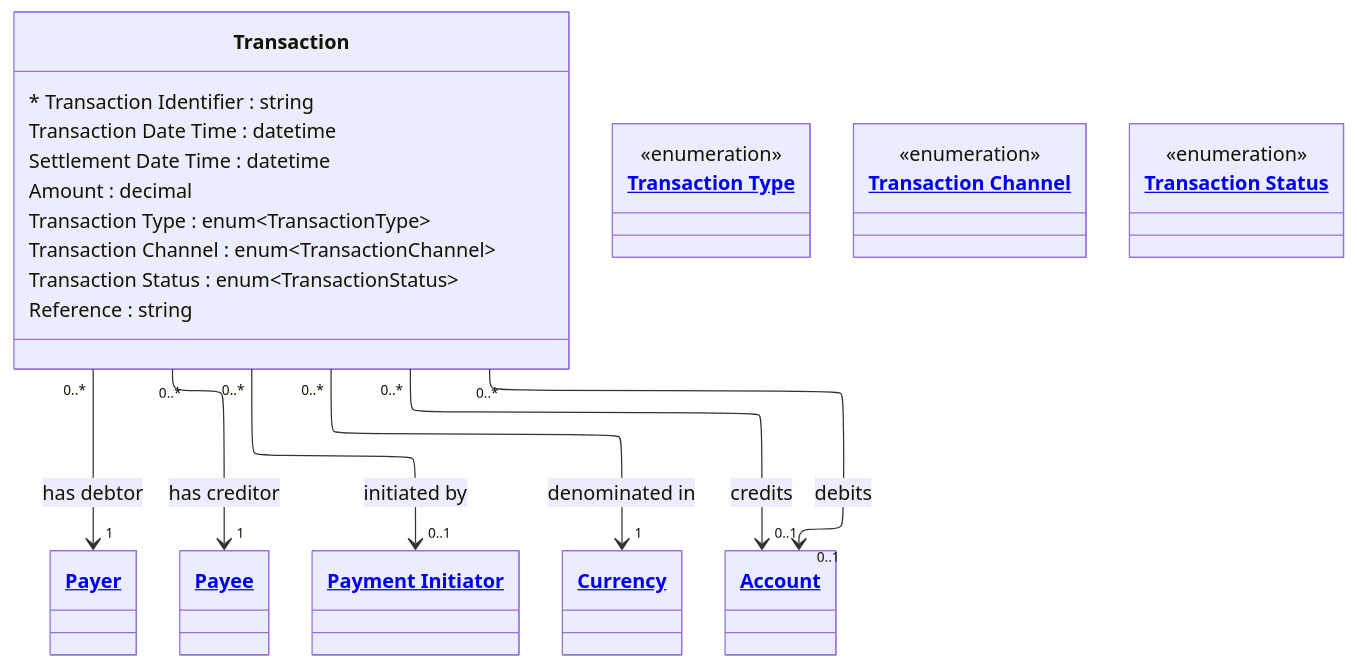
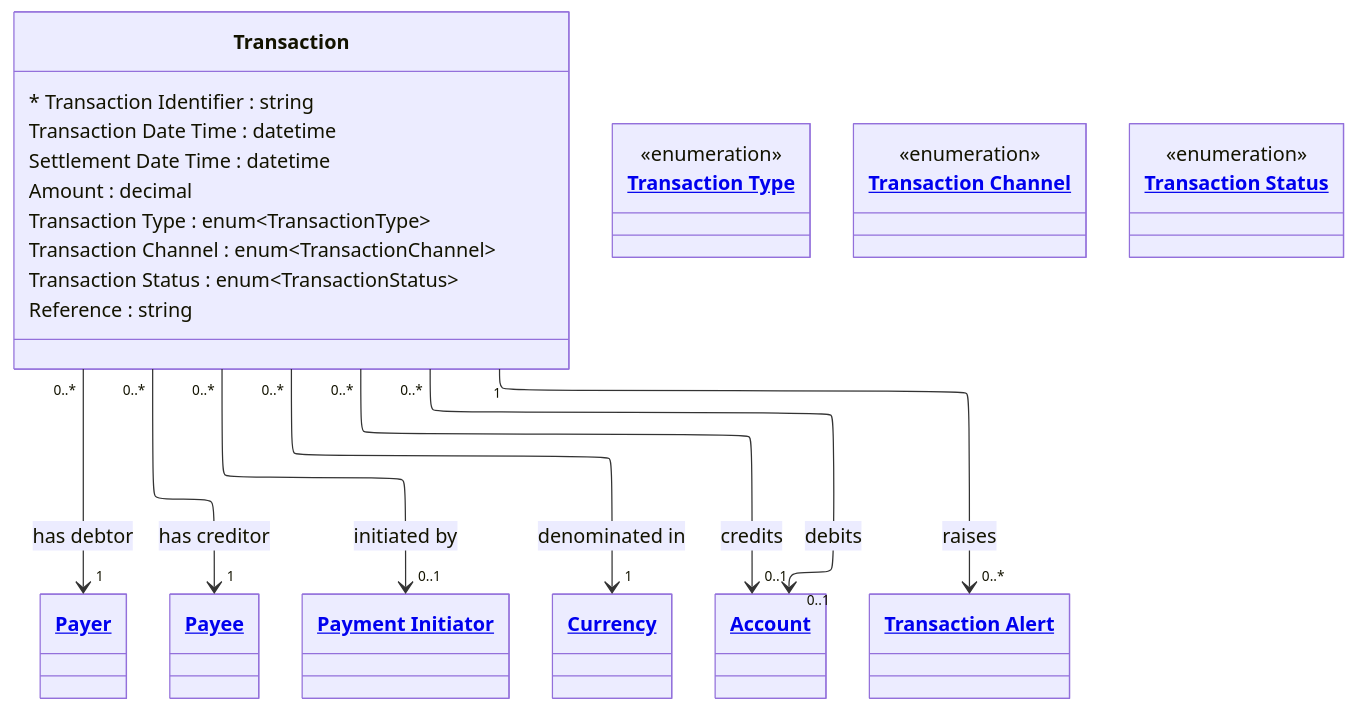
Before and after one commit to Semprini/md-ddl: the diagram in examples/Financial Crime/entities/transaction.md, drawn with Mermaid. The commit also changed other lines of this file and 40 other files, not shown here.

First line of the commit message:
Repair Financial Crime example to meet its own standard (domain 2.0.0)

````diff
--- a/examples/Financial Crime/entities/transaction.md
+++ b/examples/Financial Crime/entities/transaction.md
@@ -10,33 +10,35 @@
 ```mermaid
 ---
 config:
   layout: elk
 ---
 classDiagram
   class Transaction{
     * Transaction Identifier : string
     Transaction Date Time : datetime
     Settlement Date Time : datetime
     Amount : decimal
     Transaction Type : enum~TransactionType~
     Transaction Channel : enum~TransactionChannel~
     Transaction Status : enum~TransactionStatus~    
     Reference : string
   }
 
   Transaction "0..*" --> "1" Payer : has debtor
   Transaction "0..*" --> "1" Payee : has creditor
   Transaction "0..*" --> "0..1" PaymentInitiator : initiated by
   Transaction "0..*" --> "1" Currency : denominated in
   Transaction "0..*" --> "0..1" Account : debits
   Transaction "0..*" --> "0..1" Account : credits
+  Transaction "1" --> "0..*" TransactionAlert : raises
 
   class TransactionType["<a href='https://github.com/Semprini/md-ddl/blob/main/examples/Financial%20Crime/enums.md#transaction-type'>Transaction Type</a>"]{<<enumeration>>}
   class TransactionChannel["<a href='https://github.com/Semprini/md-ddl/blob/main/examples/Financial%20Crime/enums.md#transaction-channel'>Transaction Channel</a>"]{<<enumeration>>}
   class TransactionStatus["<a href='https://github.com/Semprini/md-ddl/blob/main/examples/Financial%20Crime/enums.md#transaction-status'>Transaction Status</a>"]{<<enumeration>>}
   class Payer["<a href='https://github.com/Semprini/md-ddl/blob/main/examples/Financial%20Crime/entities/payer.md'>Payer</a>"]
   class Payee["<a href='https://github.com/Semprini/md-ddl/blob/main/examples/Financial%20Crime/entities/payee.md'>Payee</a>"]
   class PaymentInitiator["<a href='https://github.com/Semprini/md-ddl/blob/main/examples/Financial%20Crime/entities/payment_initiator.md'>Payment Initiator</a>"]
   class Currency["<a href='https://github.com/Semprini/md-ddl/blob/main/examples/Financial%20Crime/entities/currency.md'>Currency</a>"]
+  class TransactionAlert["<a href='https://github.com/Semprini/md-ddl/blob/main/examples/Financial%20Crime/entities/transaction-alert.md'>Transaction Alert</a>"]
   class Account["<a href='https://github.com/Semprini/md-ddl/blob/main/examples/Financial%20Crime/entities/account.md'>Account</a>"]  
 ```
````
